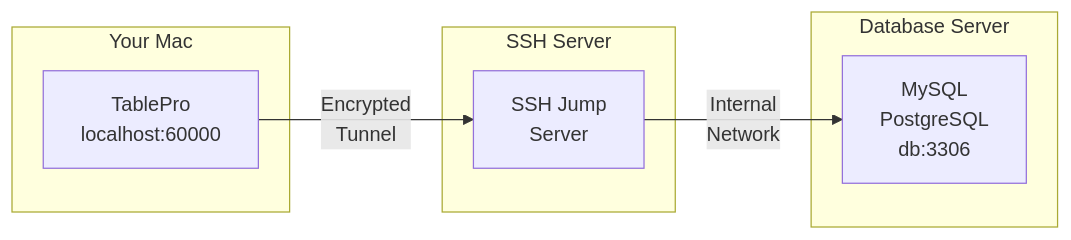
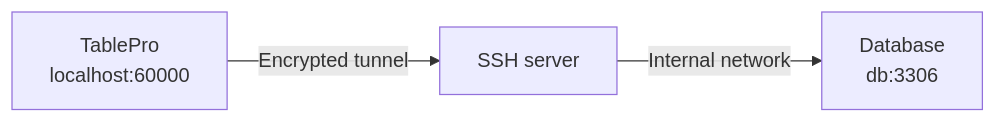
The diagram in databases/ssh-tunneling.mdx (J2TeamNNL/tablepro-docs), drawn with Mermaid before and after one commit. The commit also changed other lines of this file and 209 other files, not shown here.

````diff
--- a/databases/ssh-tunneling.mdx
+++ b/databases/ssh-tunneling.mdx
@@ -16,16 +12,4 @@
 ```mermaid
 flowchart LR
-    subgraph mac ["Your Mac"]
-        TablePro["TablePro<br>localhost:60000"]
-    end
-
-    subgraph ssh ["SSH Server"]
-        Jump["SSH Jump<br>Server"]
-    end
-
-    subgraph db ["Database Server"]
-        Database["MySQL<br>PostgreSQL<br>db:3306"]
-    end
-
-    TablePro -->|"Encrypted<br>Tunnel"| Jump -->|"Internal<br>Network"| Database
+    TablePro["TablePro<br>localhost:60000"] -->|"Encrypted tunnel"| SSH["SSH server"] -->|"Internal network"| DB["Database<br>db:3306"]
 ```
````
